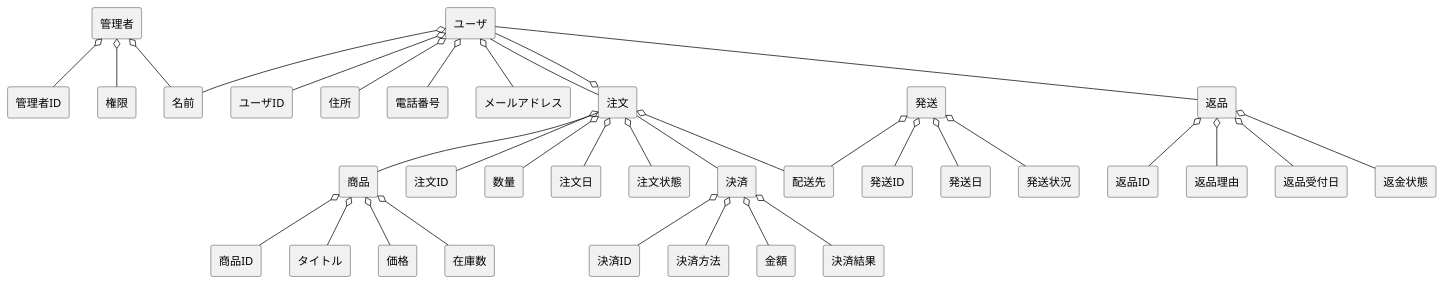
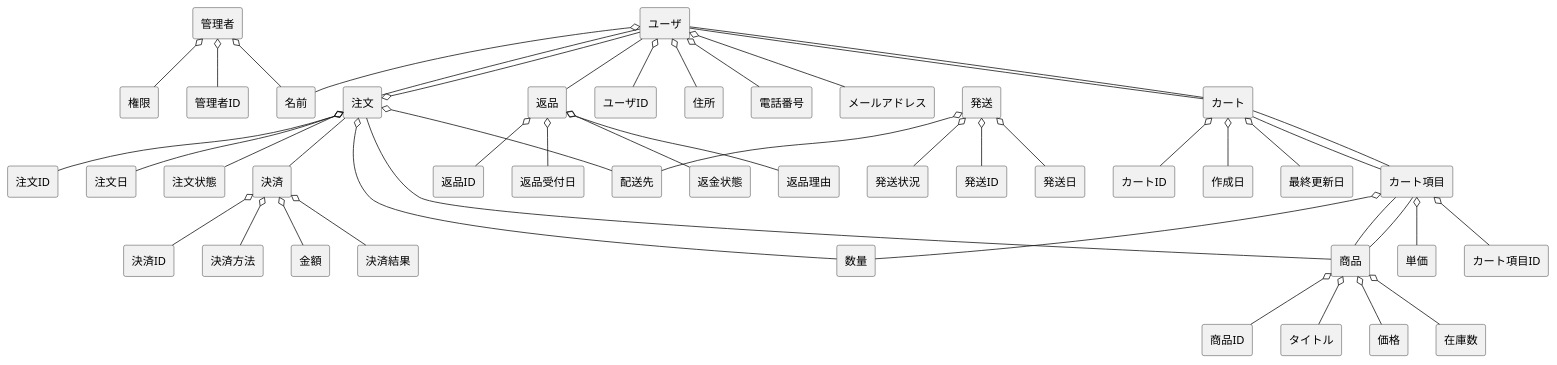
One commit to ghbuser12/ohara_uml changed the diagram in BBshop/domain.pu. Above: the diagram before and after it, drawn with PlantUML.

```diff
--- a/BBshop/domain.pu
+++ b/BBshop/domain.pu
@@ -1,53 +1,69 @@
 @startuml BBショップドメインモデル図
 skinparam componentStyle rectangle
 
 ' ユーザ
 ' ユーザID、名前、住所、電話番号、メールアドレス
 [ユーザ] o-- [ユーザID]
 [ユーザ] o-- [名前]
 [ユーザ] o-- [住所]
 [ユーザ] o-- [電話番号]
 [ユーザ] o-- [メールアドレス]
 [ユーザ] -- [注文]
 [ユーザ] -- [返品]
 
 ' 商品
 ' 商品ID、タイトル、価格、在庫数
 [商品] o-- [商品ID]
 [商品] o-- [タイトル]
 [商品] o-- [価格]
 [商品] o-- [在庫数]
 ' 注文
 ' 注文ID、数量、注文日、配送先、注文状態
 [注文] o-- [注文ID]
 [注文] o-- [ユーザ]
 [注文] -- [商品]
 [注文] o-- [数量]
 [注文] o-- [注文日]
 [注文] o-- [配送先]
 [注文] o-- [注文状態]
 [注文] -- [決済]
 ' 決済
 ' 決済ID、決済方法、金額、決済結果
 [決済] o-- [決済ID]
 [決済] o-- [決済方法]
 [決済] o-- [金額]
 [決済] o-- [決済結果]
 ' 発送
 ' 発送ID、配送先、発送日、発送状況
 [発送] o-- [発送ID]
 [発送] o-- [配送先]
 [発送] o-- [発送日]
 [発送] o-- [発送状況]
 ' 返品
 ' 返品ID、返品理由、返品受付日、返金状態
 [返品] o-- [返品ID]
 [返品] o-- [返品理由]
 [返品] o-- [返品受付日]
 [返品] o-- [返金状態]
 ' 管理者
 ' 管理者ID、名前、権限
 [管理者] o-- [管理者ID]
 [管理者] o-- [名前]
 [管理者] o-- [権限]
+' ===== カート機能の追加 =====
+[カート] o-- [カートID]
+[カート] o-- [作成日]
+[カート] o-- [最終更新日]
+[カート] -- [ユーザ]
+[カート] -- [カート項目]
+
+[カート項目] o-- [カート項目ID]
+[カート項目] o-- [数量]
+[カート項目] o-- [単価]
+[カート項目] -- [商品]
+
+' 関連（わかりやすさのため明示）
+[ユーザ] -- [カート]
+[カート] -- [カート項目]
+[カート項目] -- [商品]
 @enduml
```
